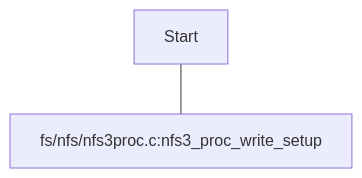
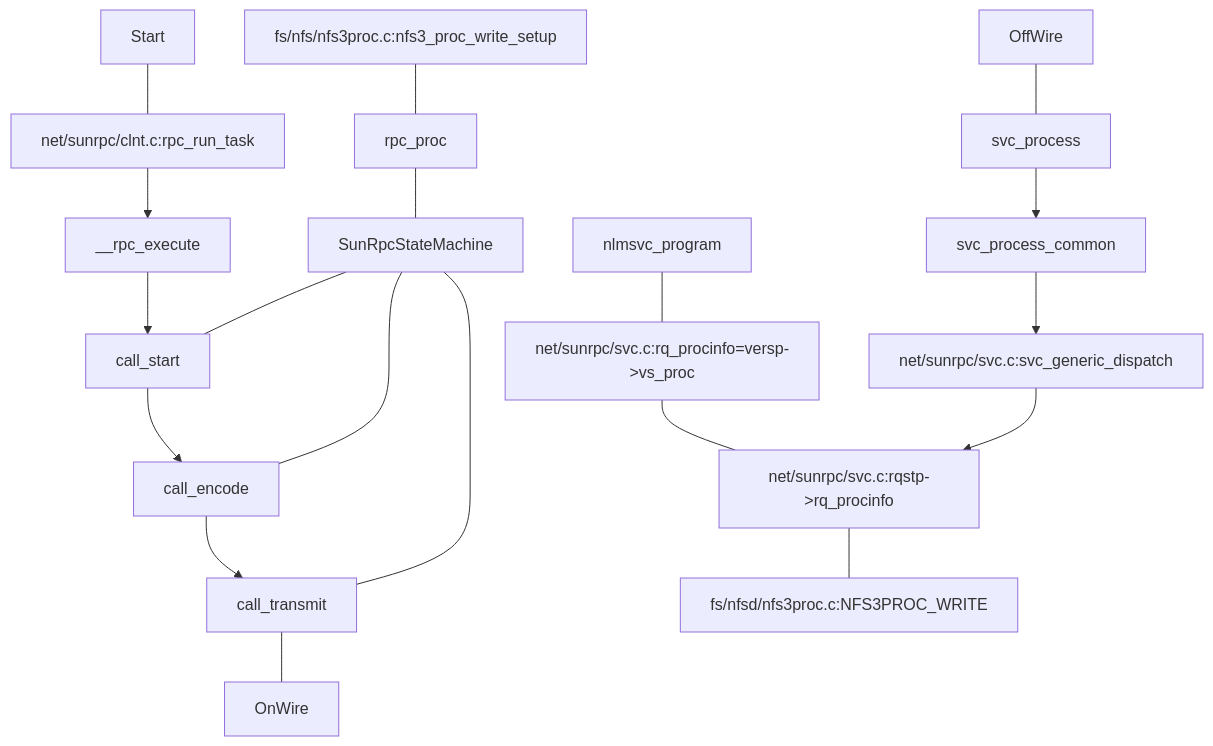
The fourth of 6 diagrams in bin/SmallTopic/nfsCodePath.md (DeathPoem/little_cave_local_files), drawn with Mermaid before and after one commit. The commit also changed other lines of this file, not shown here.

````diff
--- a/bin/SmallTopic/nfsCodePath.md
+++ b/bin/SmallTopic/nfsCodePath.md
@@ -91,6 +110,25 @@
 ```mermaid
 graph TD
   %% Set edges to be curved (try monotoneX for a nice alternative)
   linkStyle default interpolate basis
-  Start --- N4[fs/nfs/nfs3proc.c:nfs3_proc_write_setup]
+  N4[fs/nfs/nfs3proc.c:nfs3_proc_write_setup]
+  Start --- R1
+  R1[net/sunrpc/clnt.c:rpc_run_task] --> R2[__rpc_execute]
+  R2 --> R3[do_action = task->tk_action]
+  R3[call_start]-->R6[call_encode]
+  R6 --> R9[call_transmit]
+  N4 --- R5[rpc_proc]
+  R5 --- R8[SunRpcStateMachine]
+  R9 --- OnWire
+  R8 --- R3
+  R8 --- R6
+  R8 --- R9
+  %% server side
+  N10[nlmsvc_program] --- N6
+  N6[net/sunrpc/svc.c:rq_procinfo=versp->vs_proc] --- N5[net/sunrpc/svc.c:rqstp->rq_procinfo]
+  N7[net/sunrpc/svc.c:svc_generic_dispatch] --> N5
+  N8[svc_process_common] --> N7
+  OffWire --- N9[svc_process] --> N8
+  %% server side
+  N5 --- N11[fs/nfsd/nfs3proc.c:NFS3PROC_WRITE]
 ```
````
